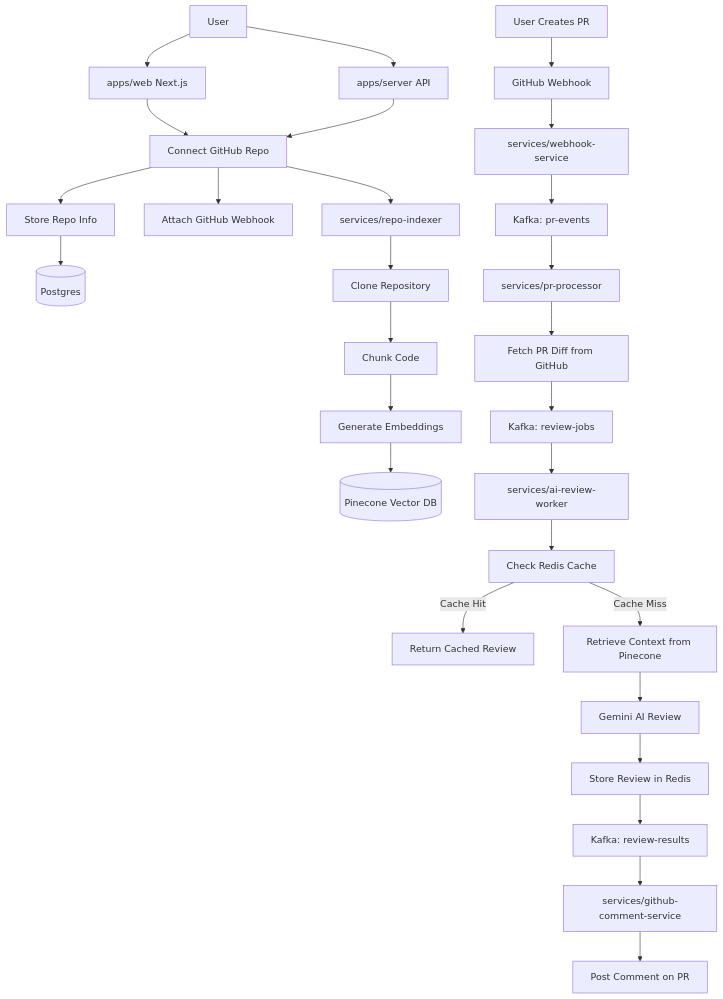
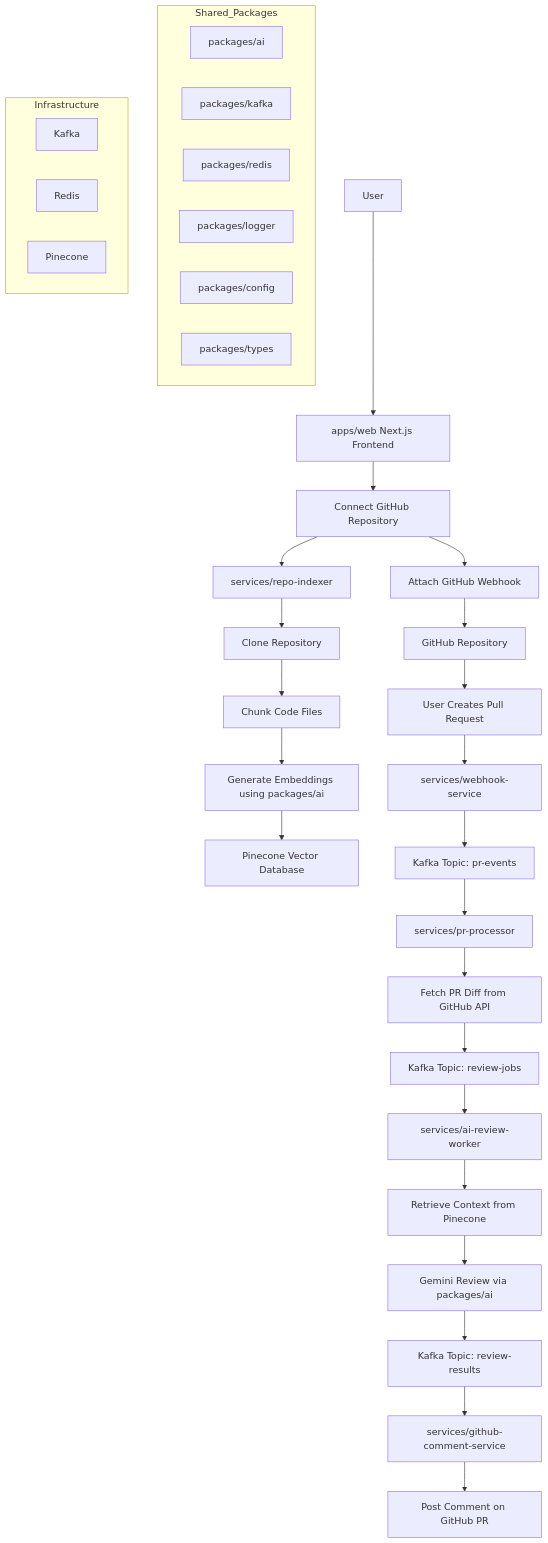
One commit to Thegreatsura/ai-code-review-system changed the diagram in README.md. Above: the diagram before and after it, drawn with Mermaid. The commit also changed other lines of this file, not shown here.

````diff
--- a/README.md
+++ b/README.md
@@ -56,58 +48,65 @@
 ```mermaid
 flowchart TD
 
-    %% Frontend & Backend
-    A[User] --> B[apps/web Next.js]
-    A --> C[apps/server API]
+    %% ---------- Frontend ----------
+    A[User] --> B[apps/web Next.js Frontend]
 
-    %% Repo connection
-    B --> D[Connect GitHub Repo]
-    C --> D
+    B --> C[Connect GitHub Repository]
 
-    D --> E[Store Repo Info]
-    E --> DB[(Postgres)]
+    %% ---------- Repo Setup ----------
+    C --> D[services/repo-indexer]
 
-    D --> F[Attach GitHub Webhook]
+    D --> E[Clone Repository]
+    E --> F[Chunk Code Files]
+    F --> G[Generate Embeddings using packages/ai]
+    G --> H[Pinecone Vector Database]
 
-    %% Repo indexing
-    D --> G[services/repo-indexer]
+    C --> I[Attach GitHub Webhook]
+    I --> J[GitHub Repository]
 
-    G --> H[Clone Repository]
-    H --> I[Chunk Code]
-    I --> J[Generate Embeddings]
-    J --> K[(Pinecone Vector DB)]
+    %% ---------- PR Event ----------
+    J --> K[User Creates Pull Request]
 
-    %% PR event
-    L[User Creates PR] --> M[GitHub Webhook]
+    K --> L[services/webhook-service]
 
-    M --> N[services/webhook-service]
+    L --> M[Kafka Topic: pr-events]
 
-    N --> O[Kafka: pr-events]
+    %% ---------- PR Processing ----------
+    M --> N[services/pr-processor]
 
-    %% PR processing
-    O --> P[services/pr-processor]
+    N --> O[Fetch PR Diff from GitHub API]
 
-    P --> Q[Fetch PR Diff from GitHub]
+    O --> P[Kafka Topic: review-jobs]
 
-    Q --> R[Kafka: review-jobs]
+    %% ---------- AI Review ----------
+    P --> Q[services/ai-review-worker]
 
-    %% AI review worker
-    R --> S[services/ai-review-worker]
+    Q --> R[Retrieve Context from Pinecone]
 
-    S --> T[Check Redis Cache]
+    R --> S[Gemini Review via packages/ai]
 
-    T -->|Cache Hit| U[Return Cached Review]
+    S --> T[Kafka Topic: review-results]
 
-    T -->|Cache Miss| V[Retrieve Context from Pinecone]
+    %% ---------- Comment Posting ----------
+    T --> U[services/github-comment-service]
 
-    V --> W[Gemini AI Review]
+    U --> V[Post Comment on GitHub PR]
 
-    W --> X[Store Review in Redis]
 
-    X --> Y[Kafka: review-results]
+    %% ---------- Shared Packages ----------
+    subgraph Shared_Packages
+        W[packages/ai]
+        X[packages/kafka]
+        Y[packages/redis]
+        Z[packages/logger]
+        AA[packages/config]
+        AB[packages/types]
+    end
 
-    %% Comment service
-    Y --> Z[services/github-comment-service]
-
-    Z --> AA[Post Comment on PR]
+    %% ---------- Infra ----------
+    subgraph Infrastructure
+        AC[Kafka]
+        AD[Redis]
+        AE[Pinecone]
+    end
 ```
````
